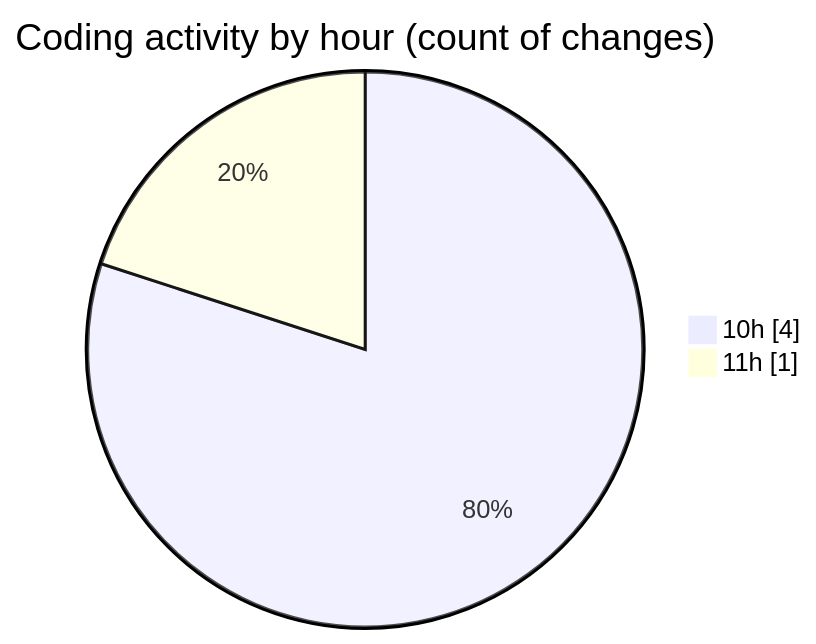
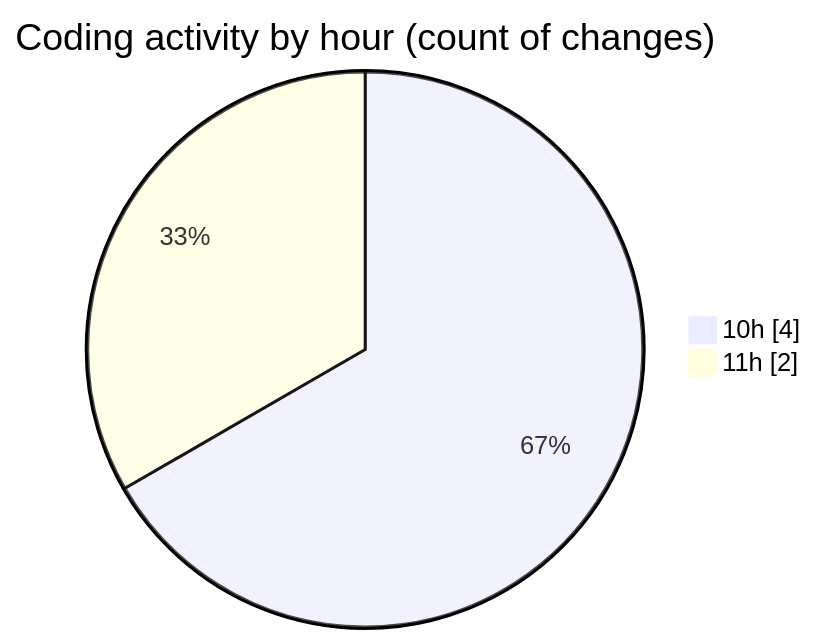
Before and after one commit to idhammustaqopulfikri/code-tracking: the second of 2 diagrams in 2025-10-05/futsal/README.md, drawn with Mermaid. The commit also changed other lines of this file and 1 other file, not shown here.

````diff
--- a/2025-10-05/futsal/README.md
+++ b/2025-10-05/futsal/README.md
@@ -32,6 +33,6 @@
 ```mermaid
 pie showData
 title Coding activity by hour (count of changes)
 "10h" : 4
-"11h" : 1
+"11h" : 2
 ```
````
